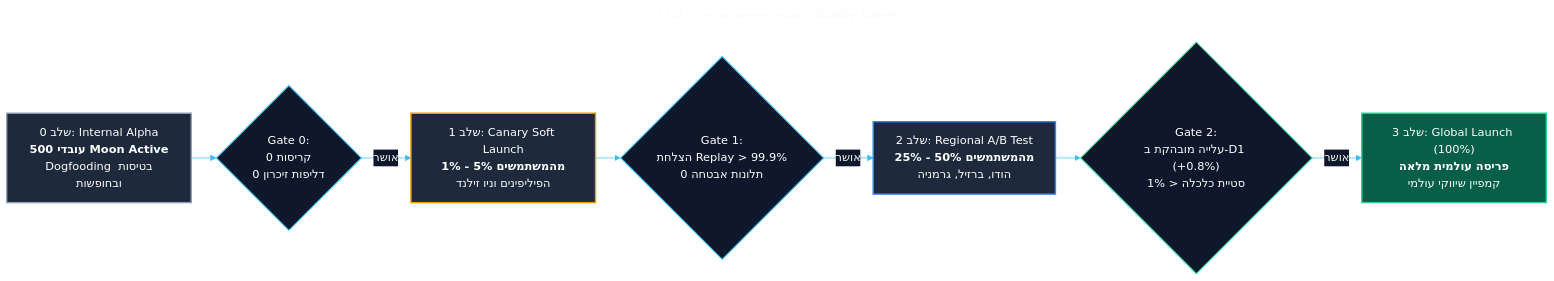
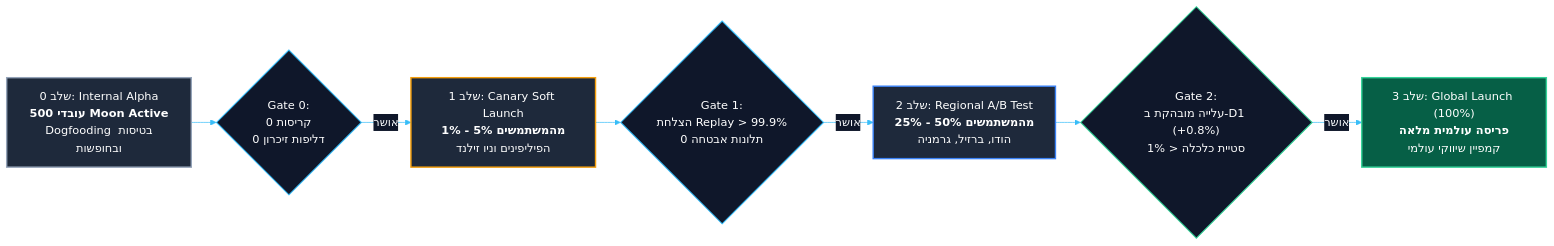
One commit to Yuvalalex/MOON-ACTIVE-MUNI-SPINE changed the diagram in prd_final_v5_CEO_chapters/17 - תוכנית בדיקות אבטחה והשקה מדורגת (Testing & Rollout Plan).md. Above: the diagram before and after it, drawn with Mermaid. The commit also changed 16 other files, not shown here.

Commit message:
docs: fix mermaid blocks in PRD docs

````diff
--- a/prd_final_v5_CEO_chapters/17 - תוכנית בדיקות אבטחה והשקה מדורגת (Testing & Rollout Plan).md
+++ b/prd_final_v5_CEO_chapters/17 - תוכנית בדיקות אבטחה והשקה מדורגת (Testing & Rollout Plan).md
@@ -32,45 +32,42 @@
 ```mermaid
----
-title: "17.2 תוכנית שחרור מדורג ו-Quality Gates"
----
 %%{init: {
   "theme": "base",
   "themeVariables": {
     "fontFamily": "Segoe UI, Assistant, sans-serif",
     "fontSize": "16px",
     "primaryColor": "#0f172a",
     "primaryTextColor": "#f8fafc",
     "primaryBorderColor": "#38bdf8",
     "lineColor": "#38bdf8",
     "secondaryColor": "#1e293b",
     "tertiaryColor": "#1e293b",
     "edgeLabelBackground": "#0f172a",
     "nodeBorder": "#38bdf8",
     "clusterBkg": "#0b1120",
     "clusterBorder": "#38bdf8"
   },
   "flowchart": { "curve": "basis", "nodeSpacing": 30, "rankSpacing": 35, "padding": 15 },
   "sequence": { "actorMargin": 30, "messageMargin": 30 },
   "state": { "nodeSpacing": 30, "rankSpacing": 35, "titleTopMargin": 15 }
 }}%%
 flowchart LR
     Phase0["שלב 0: Internal Alpha<br/><b>500 עובדי Moon Active</b><br/>Dogfooding בטיסות ובחופשות"] --> Gate0{"Gate 0:<br/>0 קריסות<br/>0 דליפות זיכרון"}
     
     Gate0 -- "אושר" --> Phase1["שלב 1: Canary Soft Launch<br/><b>1% - 5% מהמשתמשים</b><br/>הפיליפינים וניו זילנד"]
     
     Phase1 --> Gate1{"Gate 1:<br/>הצלחת Replay > 99.9%<br/>0 תלונות אבטחה"}
     
     Gate1 -- "אושר" --> Phase2["שלב 2: Regional A/B Test<br/><b>25% - 50% מהמשתמשים</b><br/>הודו, ברזיל, גרמניה"]
     
     Phase2 --> Gate2{"Gate 2:<br/>עלייה מובהקת ב-D1 (+0.8%)<br/>סטיית כלכלה < 1%"}
     
     Gate2 -- "אושר" --> Phase3["שלב 3: Global Launch (100%)<br/><b>פריסה עולמית מלאה</b><br/>קמפיין שיווקי עולמי"]
 
     style Phase0 fill:#1e293b,stroke:#94a3b8,stroke-width:2px,color:#fff
     style Phase1 fill:#1e293b,stroke:#f59e0b,stroke-width:2px,color:#fff
     style Phase2 fill:#1e293b,stroke:#3b82f6,stroke-width:2px,color:#fff
     style Phase3 fill:#065f46,stroke:#34d399,stroke-width:2px,color:#fff
     style Gate0 fill:#0f172a,stroke:#38bdf8,stroke-width:1.5px,color:#fff
     style Gate1 fill:#0f172a,stroke:#38bdf8,stroke-width:1.5px,color:#fff
     style Gate2 fill:#0f172a,stroke:#34d399,stroke-width:1.5px,color:#fff
 ```
````
